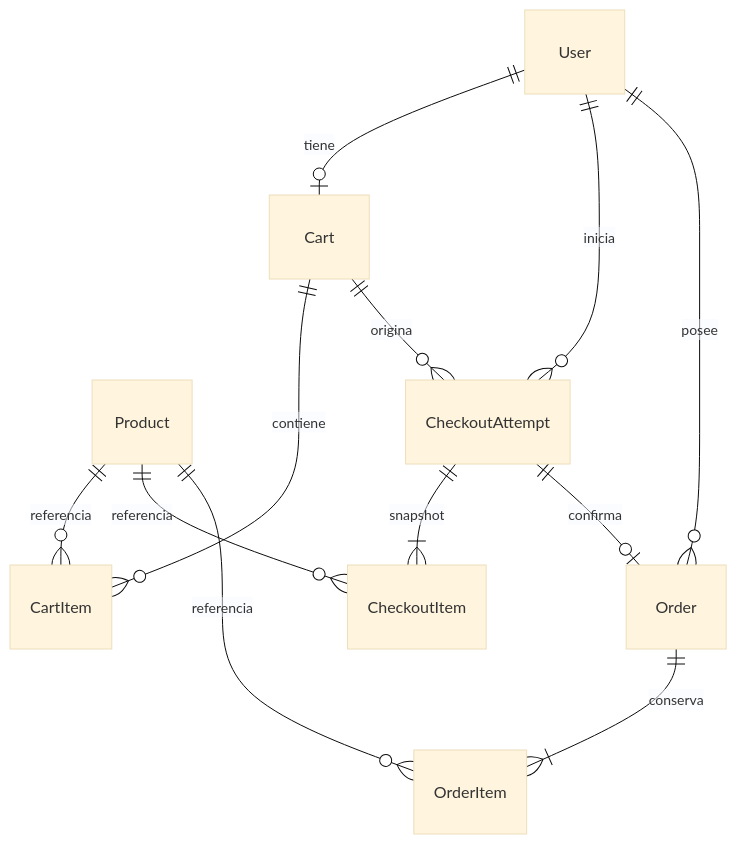
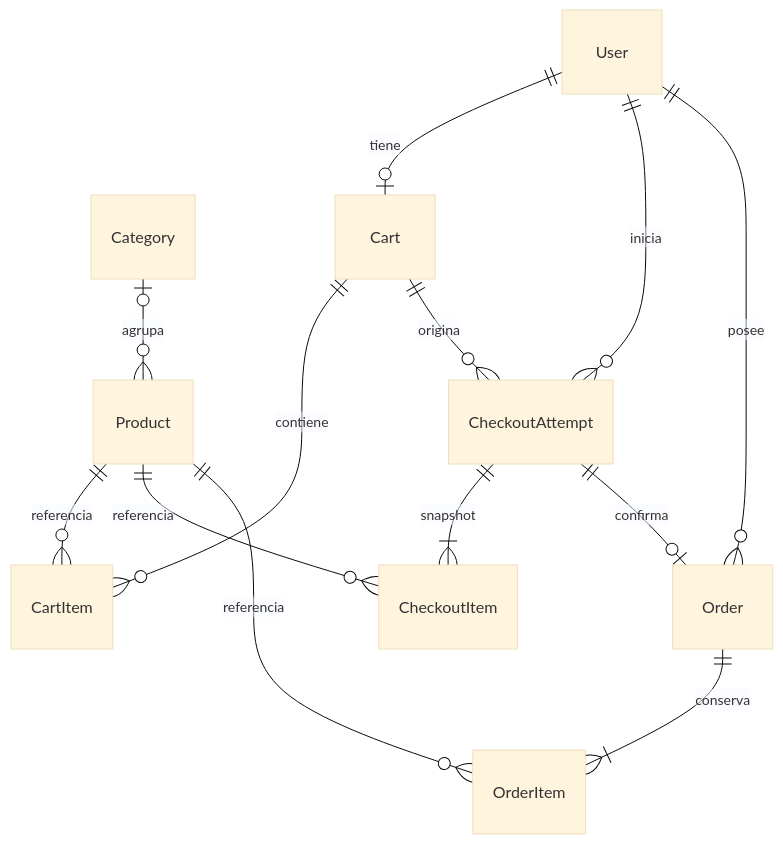
Before and after one commit to germanquintana2/cds-ecommerce-challenge: the diagram in docs/arquitectura.md, drawn with Mermaid (base theme). The commit also changed other lines of this file and 215 other files, not shown here.

````diff
--- a/docs/arquitectura.md
+++ b/docs/arquitectura.md
@@ -59,14 +62,15 @@
 ```mermaid
 erDiagram
+    Category |o--o{ Product : agrupa
     User ||--o| Cart : tiene
     Cart ||--o{ CartItem : contiene
     Product ||--o{ CartItem : referencia
     User ||--o{ CheckoutAttempt : inicia
     Cart ||--o{ CheckoutAttempt : origina
     CheckoutAttempt ||--|{ CheckoutItem : snapshot
     Product ||--o{ CheckoutItem : referencia
     CheckoutAttempt ||--o| Order : confirma
     User ||--o{ Order : posee
     Order ||--|{ OrderItem : conserva
     Product ||--o{ OrderItem : referencia
 ```
````
